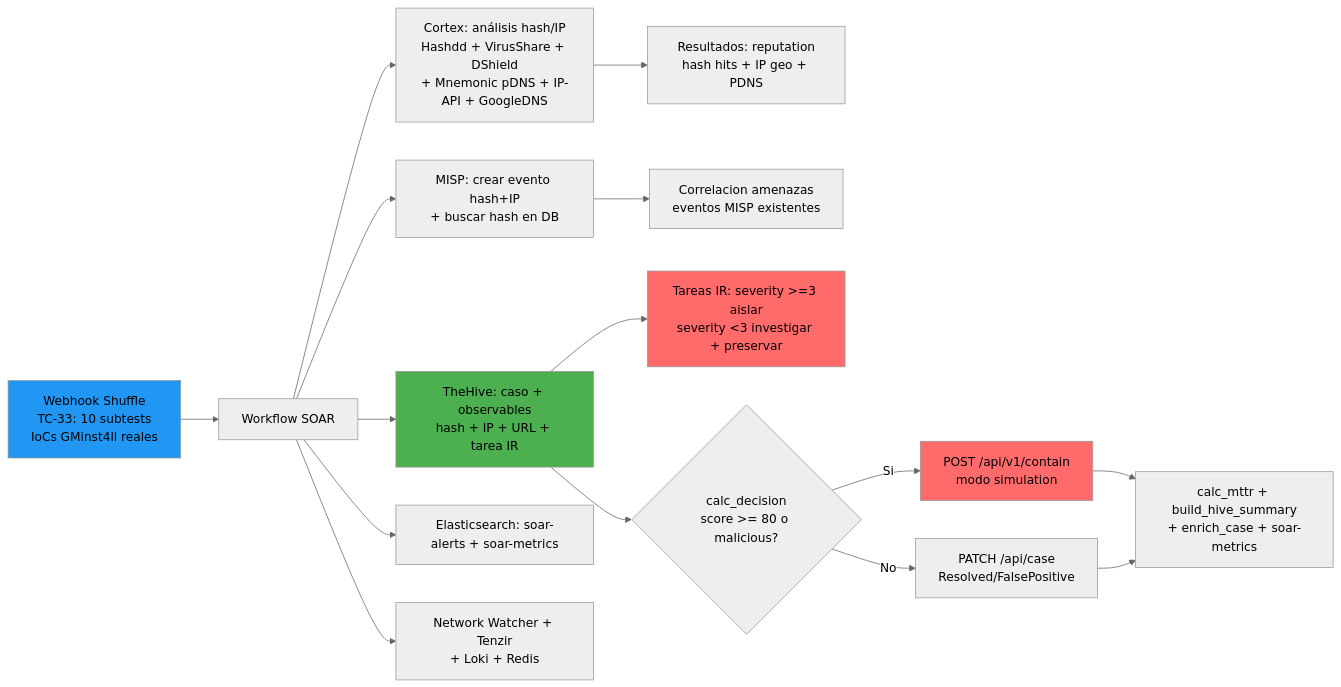
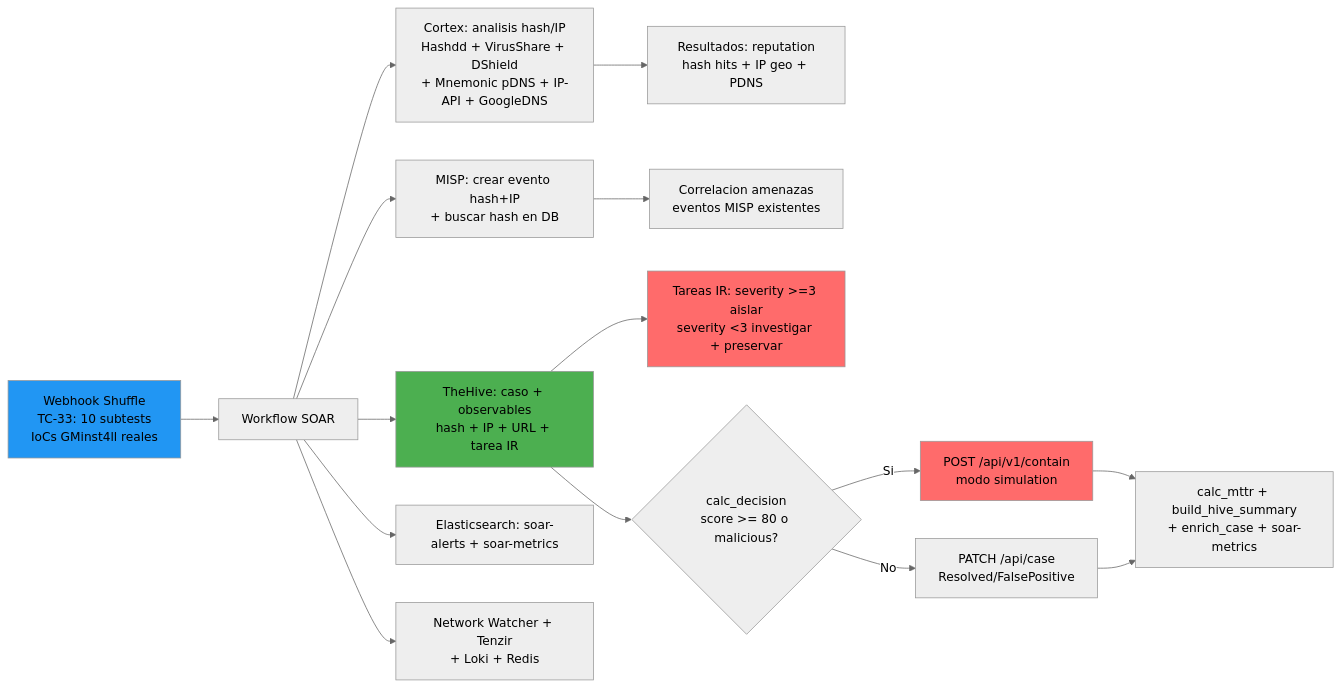
Diagram 12 of 12 in docs/thesis/appendix_f.md (alesanfe/soar-ransomware-lab), drawn with Mermaid (neutral theme) before and after one commit.

Commit message:
fix(thesis): F.12 - eliminar tilde en nodo Mermaid para consistencia
F.12 linea 665: 'análisis' -> 'analisis' (sin tilde)
Consistencia con F.11 que usa 'dinamica', 'estaticamente', 'entropia',
'serializacion', 'recuperable' sin tildes en nodos del diagrama.

Verificacion: F.11 y F.12 validan con @mermaid-js/mermaid-cli

````diff
--- a/docs/thesis/appendix_f.md
+++ b/docs/thesis/appendix_f.md
@@ -662,21 +662,21 @@
 ```mermaid
 graph LR
  A[Webhook Shuffle<br/>TC-33: 10 subtests<br/>IoCs GMinst4ll reales] --> B[Workflow SOAR]
- B --> C[Cortex: análisis hash/IP<br/>Hashdd + VirusShare + DShield<br/>+ Mnemonic pDNS + IP-API + GoogleDNS]
+ B --> C[Cortex: analisis hash/IP<br/>Hashdd + VirusShare + DShield<br/>+ Mnemonic pDNS + IP-API + GoogleDNS]
  B --> D[MISP: crear evento hash+IP<br/>+ buscar hash en DB]
  B --> E[TheHive: caso + observables<br/>hash + IP + URL + tarea IR]
  B --> F[Elasticsearch: soar-alerts + soar-metrics]
  B --> M[Network Watcher + Tenzir<br/>+ Loki + Redis]
  C --> G[Resultados: reputation<br/>hash hits + IP geo + PDNS]
  D --> H[Correlacion amenazas<br/>eventos MISP existentes]
  E --> I[Tareas IR: severity >=3 aislar<br/>severity <3 investigar + preservar]
  E --> J{calc_decision<br/>score >= 80 o malicious?}
  J -->|Si| K[POST /api/v1/contain<br/>modo simulation]
  J -->|No| L[PATCH /api/case<br/>Resolved/FalsePositive]
  K --> N[calc_mttr + build_hive_summary<br/>+ enrich_case + soar-metrics]
  L --> N
  style A fill:#2196F3
  style E fill:#4CAF50
  style I fill:#ff6b6b
  style K fill:#ff6b6b
 ```
````
